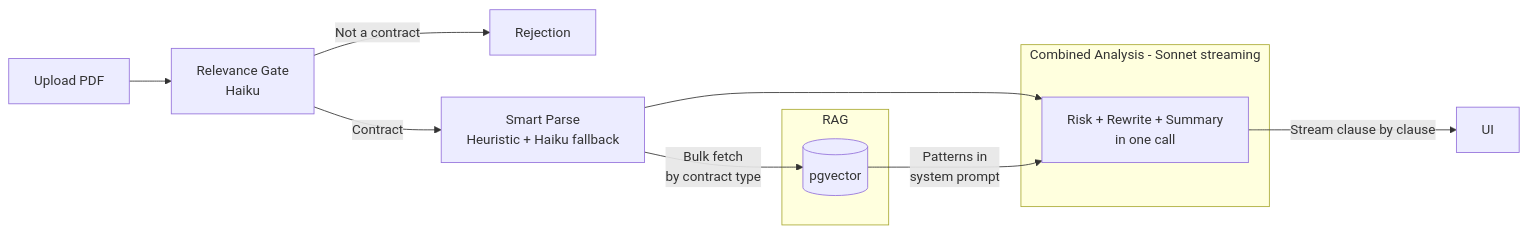
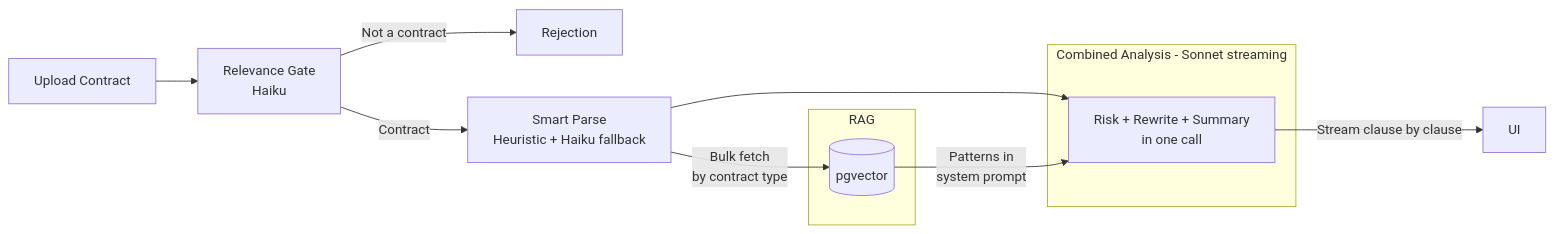
The diagram in README.md (luclacombe/red-flag-ai), drawn with Mermaid before and after one commit. The commit also changed other lines of this file and 14 other files, not shown here.

````diff
--- a/README.md
+++ b/README.md
@@ -21,19 +23,19 @@
 ```mermaid
 flowchart LR
-    A[Upload PDF] --> B[Relevance Gate\nHaiku]
+    A[Upload Contract] --> B[Relevance Gate\nHaiku]
     B -->|Not a contract| C[Rejection]
     B -->|Contract| D[Smart Parse\nHeuristic + Haiku fallback]
     D --> E
 
     subgraph SA[Combined Analysis - Sonnet streaming]
         E[Risk + Rewrite + Summary\nin one call]
     end
 
     E -->|Stream clause by clause| F[UI]
 
     subgraph RAG[RAG]
         G[(pgvector)] -->|Patterns in\nsystem prompt| E
     end
 
     D -->|Bulk fetch\nby contract type| G
 ```
````
